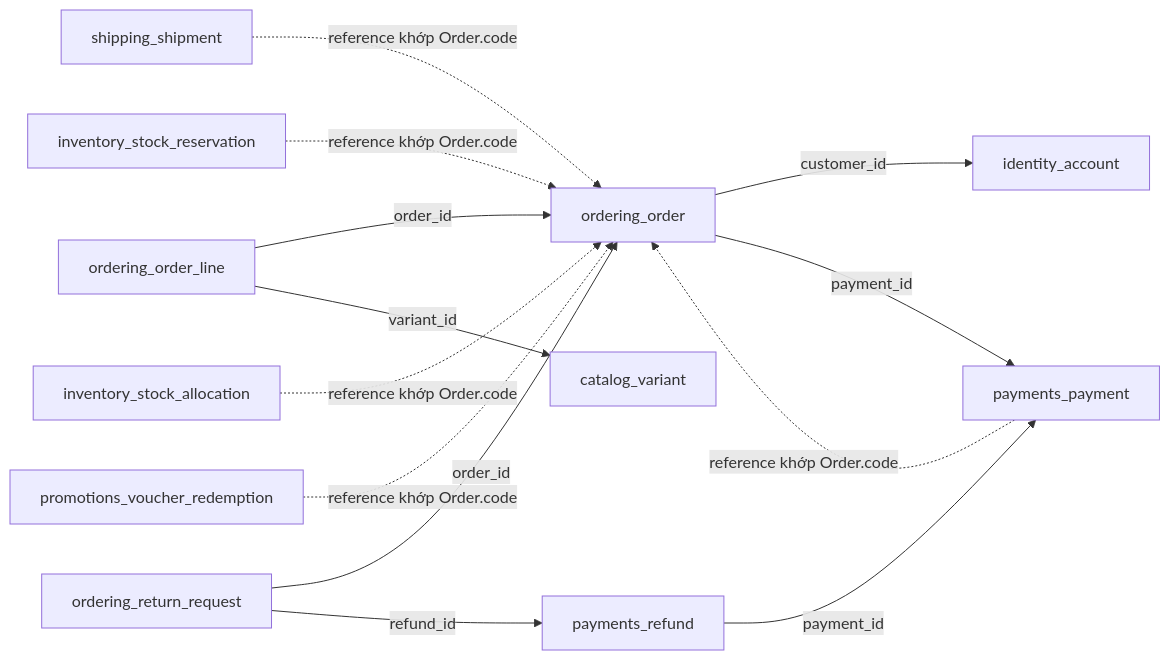
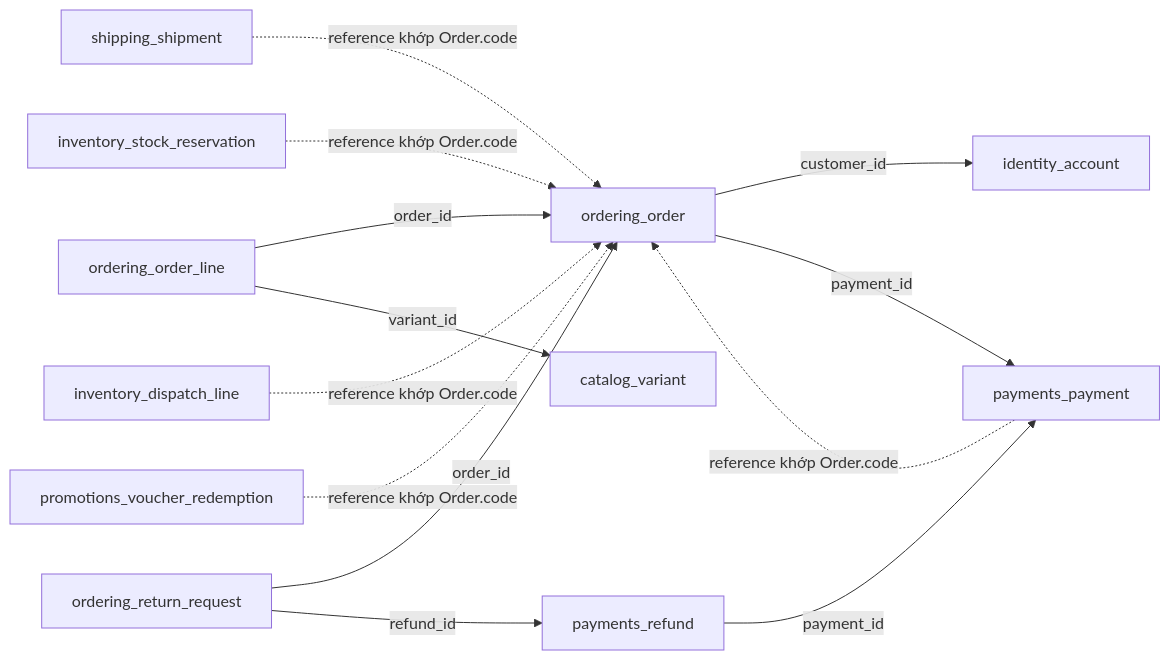
One commit to LuongCongThanh/fashion-store-backend changed the first of 10 diagrams in docs/architecture/03-data-model.md. Above: the diagram before and after it, drawn with Mermaid. The commit also changed other lines of this file and 15 other files, not shown here.

````diff
--- a/docs/architecture/03-data-model.md
+++ b/docs/architecture/03-data-model.md
@@ -88,15 +88,15 @@
 ```mermaid
 flowchart LR
     O[ordering_order] -->|customer_id| A[identity_account]
     L[ordering_order_line] -->|order_id| O
     L -->|variant_id| V[catalog_variant]
     O -->|payment_id| P[payments_payment]
     P -.->|reference khớp Order.code| O
     S[shipping_shipment] -.->|reference khớp Order.code| O
     R[inventory_stock_reservation] -.->|reference khớp Order.code| O
-    X[inventory_stock_allocation] -.->|reference khớp Order.code| O
+    X[inventory_dispatch_line] -.->|reference khớp Order.code| O
     D[promotions_voucher_redemption] -.->|reference khớp Order.code| O
     RR[ordering_return_request] -->|order_id| O
     RR -->|refund_id| RF[payments_refund]
     RF -->|payment_id| P
 ```
````
